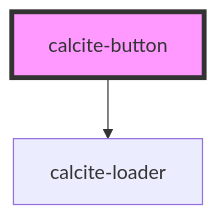
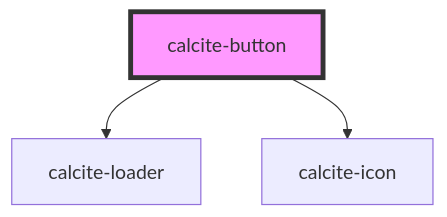
Before and after one commit to vikivakarvc/calcite-design-system: the diagram in src/components/calcite-button/readme.md, drawn with Mermaid. The commit also changed other lines of this file and 6 other files, not shown here.

First line of the commit message:
Update button icon functionality

````diff
--- a/src/components/calcite-button/readme.md
+++ b/src/components/calcite-button/readme.md
@@ -48,5 +49,6 @@
 ```mermaid
 graph TD;
   calcite-button --> calcite-loader
+  calcite-button --> calcite-icon
   style calcite-button fill:#f9f,stroke:#333,stroke-width:4px
 ```
````
